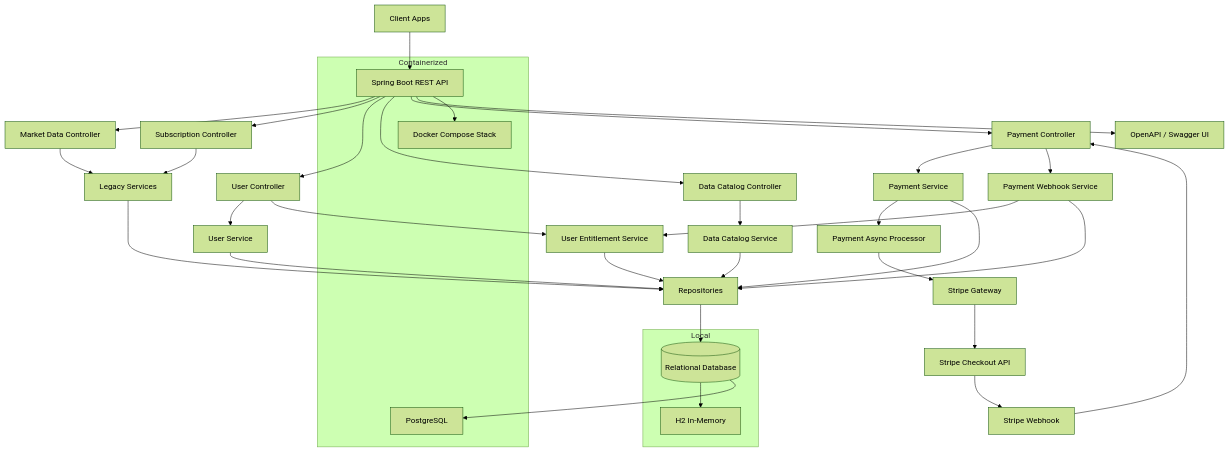
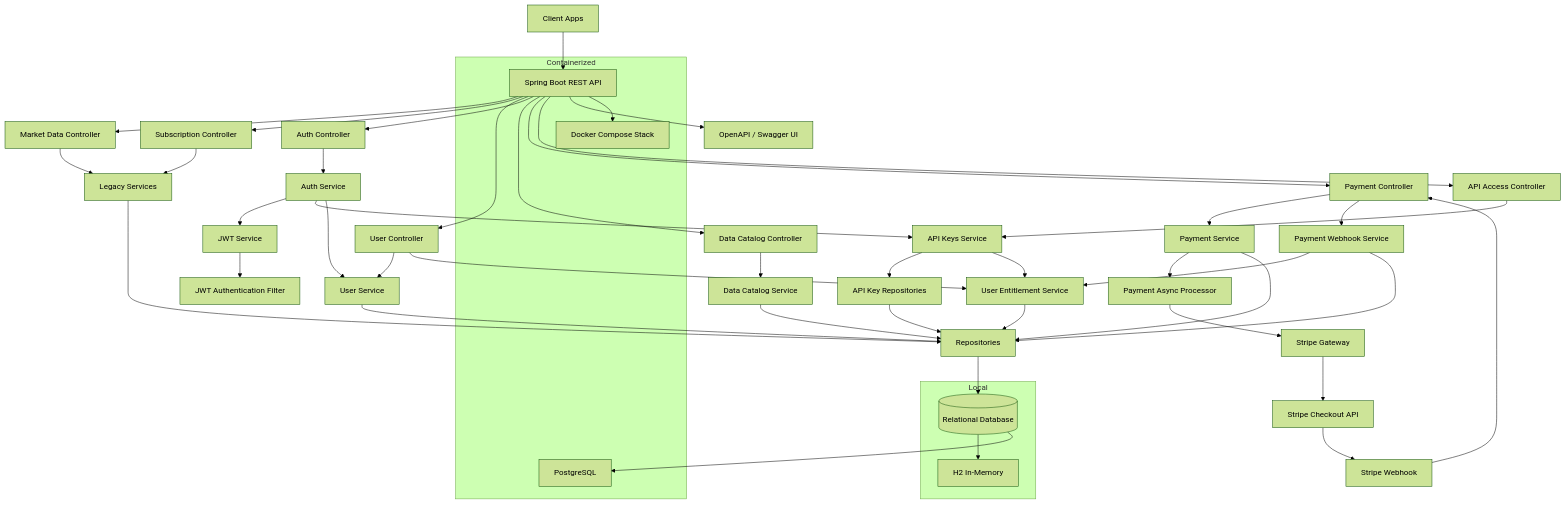
One commit to khab40/spring-boot-java-refresh changed the diagram in README.md. Above: the diagram before and after it, drawn with Mermaid (forest theme). The commit also changed other lines of this file and 14 other files, not shown here.

Commit message:
feat: architecture documentation and diagrams updates

````diff
--- a/README.md
+++ b/README.md
@@ -130,41 +169,52 @@
 ```mermaid
 graph TB
     Client[Client Apps] --> Api[Spring Boot REST API]
     Api --> Market[Market Data Controller]
     Api --> Subs[Subscription Controller]
     Api --> Users[User Controller]
+    Api --> Auth[Auth Controller]
     Api --> Catalog[Data Catalog Controller]
     Api --> Payments[Payment Controller]
+    Api --> Access[API Access Controller]
     Api --> Docs[OpenAPI / Swagger UI]
 
     Users --> UserSvc[User Service]
+    Auth --> AuthSvc[Auth Service]
+    AuthSvc --> Jwt[JWT Service]
+    Jwt --> Filter[JWT Authentication Filter]
     Users --> EntSvc[User Entitlement Service]
     Catalog --> CatalogSvc[Data Catalog Service]
     Payments --> PaymentSvc[Payment Service]
     PaymentSvc --> Async[Payment Async Processor]
     Async --> StripeGateway[Stripe Gateway]
     StripeGateway --> Stripe[Stripe Checkout API]
     Stripe --> Webhook[Stripe Webhook]
     Webhook --> Payments
     Payments --> WebhookSvc[Payment Webhook Service]
     WebhookSvc --> EntSvc
+    Access --> ApiKeySvc[API Keys Service]
+    ApiKeySvc --> KeyRepo[API Key Repositories]
+    ApiKeySvc --> EntSvc
+    AuthSvc --> ApiKeySvc
+    AuthSvc --> UserSvc
 
     Market --> LegacySvc[Legacy Services]
     Subs --> LegacySvc
     LegacySvc --> Repos[Repositories]
     UserSvc --> Repos
     EntSvc --> Repos
     CatalogSvc --> Repos
     PaymentSvc --> Repos
     WebhookSvc --> Repos
+    KeyRepo --> Repos
     Repos --> Db[(Relational Database)]
 
     subgraph Local
         Db --> H2[H2 In-Memory]
     end
 
     subgraph Containerized
         Db --> Pg[PostgreSQL]
         Api --> Docker[Docker Compose Stack]
     end
 ```
````
